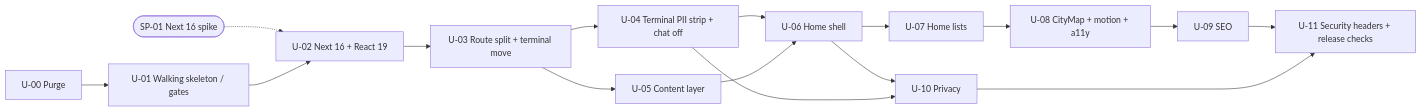
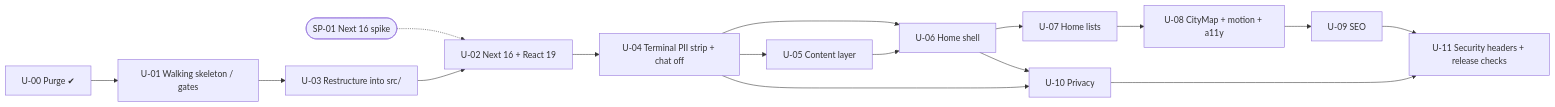
One commit to tijo-thomaz/tijothomas.dev changed the diagram in edd-docs/inception/plan.md. Above: the diagram before and after it, drawn with Mermaid. The commit also changed other lines of this file and 20 other files, not shown here.

Commit message:
docs(edd): amend plan for src/ layout and restructure-before-upgrade order

````diff
--- a/edd-docs/inception/plan.md
+++ b/edd-docs/inception/plan.md
@@ -28,18 +49,18 @@
 ```mermaid
 flowchart LR
   SP01([SP-01 Next 16 spike]) -.-> U02
-  U00[U-00 Purge] --> U01[U-01 Walking skeleton / gates]
-  U01 --> U02[U-02 Next 16 + React 19]
-  U02 --> U03[U-03 Route split + terminal move]
-  U03 --> U04[U-04 Terminal PII strip + chat off]
-  U03 --> U05[U-05 Content layer]
+  U00[U-00 Purge ✔] --> U01[U-01 Walking skeleton / gates]
+  U01 --> U03[U-03 Restructure into src/]
+  U03 --> U02[U-02 Next 16 + React 19]
+  U02 --> U04[U-04 Terminal PII strip + chat off]
+  U04 --> U05[U-05 Content layer]
   U04 --> U06[U-06 Home shell]
   U05 --> U06
   U06 --> U07[U-07 Home lists]
   U07 --> U08[U-08 CityMap + motion + a11y]
   U08 --> U09[U-09 SEO]
   U06 --> U10[U-10 Privacy]
   U04 --> U10
   U09 --> U11[U-11 Security headers + release checks]
   U10 --> U11
 ```
````
